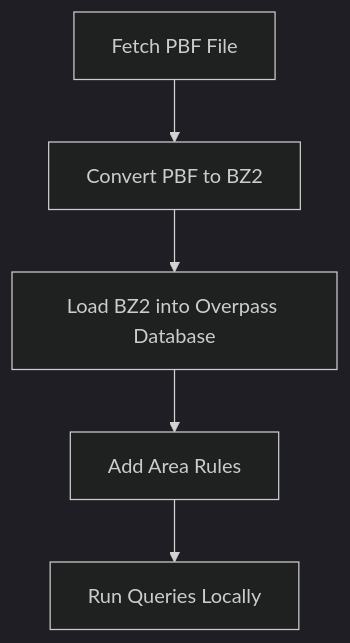
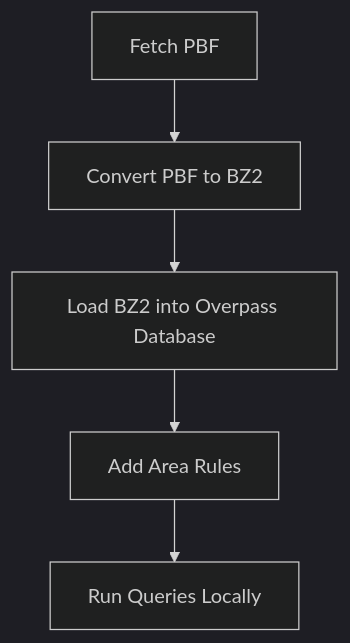
The diagram in README.md (tderflinger/overpass-immu-docker), drawn with Mermaid (dark theme) before and after one commit. The commit also changed other lines of this file and 1 other file, not shown here.

Commit message:
feat: update README for clarity and remove obsolete pipeline diagram

````diff
--- a/README.md
+++ b/README.md
@@ -44,8 +49,8 @@
 ```mermaid
 flowchart TD
-    A[Fetch PBF File]
+    A[Fetch PBF]
     A --> B[Convert PBF to BZ2]
     B --> C[Load BZ2 into Overpass Database]
     C --> D[Add Area Rules]
     D --> E[Run Queries Locally]
 ```
````
